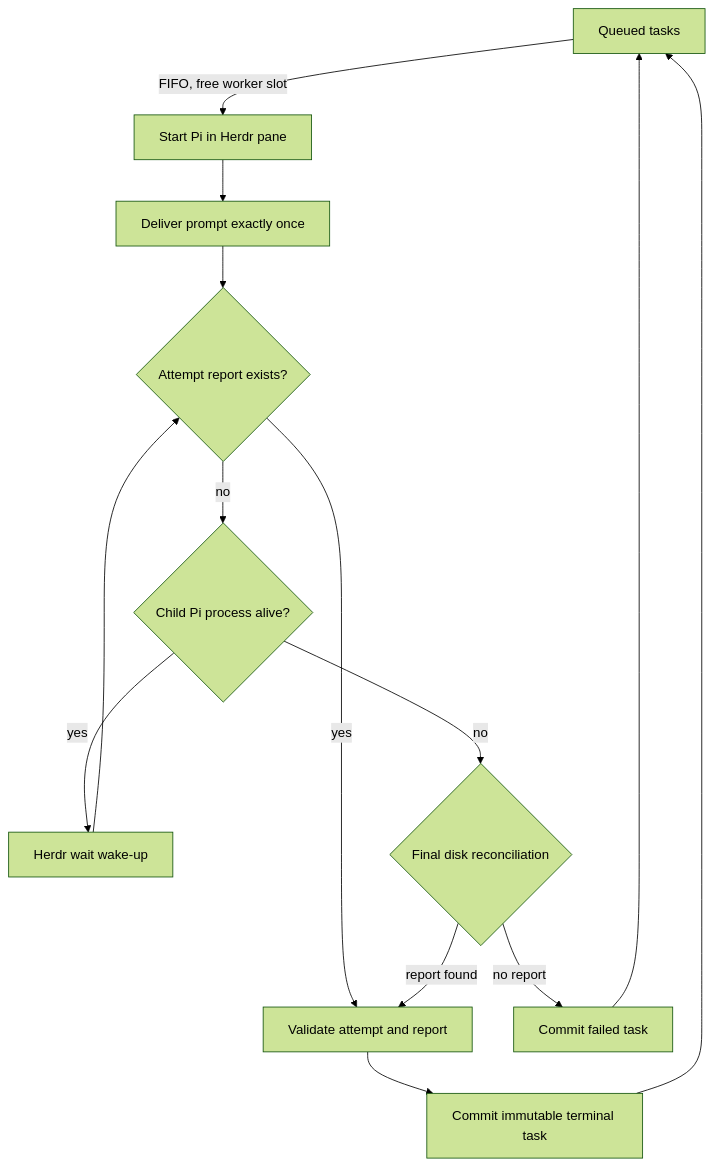
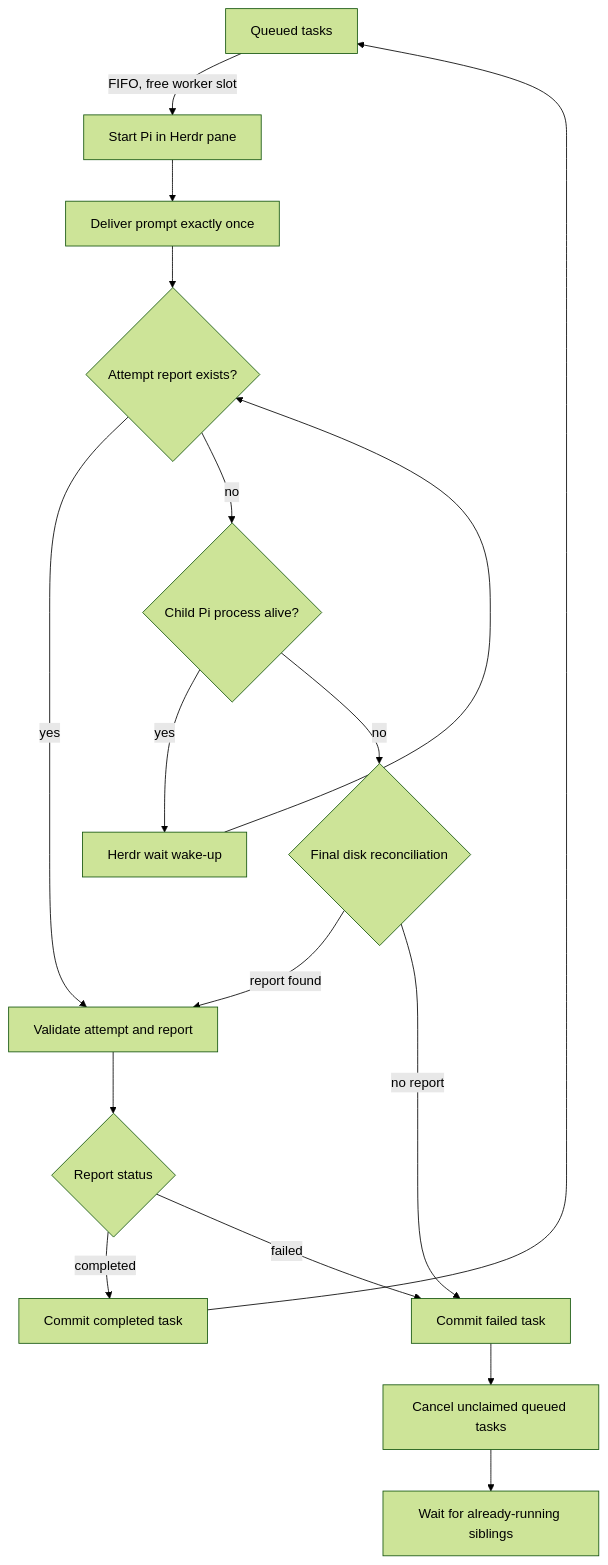
One commit to chaochaoxiaochao/pi-toolkit changed the third of 3 diagrams in packages/herdr-subagents/ARCHITECTURE.md. Above: the diagram before and after it, drawn with Mermaid (forest theme). The commit also changed other lines of this file and 22 other files, not shown here.

````diff
--- a/packages/herdr-subagents/ARCHITECTURE.md
+++ b/packages/herdr-subagents/ARCHITECTURE.md
@@ -47,16 +48,19 @@
 ```mermaid
 flowchart TD
     Q[Queued tasks] -->|FIFO, free worker slot| S[Start Pi in Herdr pane]
     S --> P[Deliver prompt exactly once]
     P --> R{Attempt report exists?}
     R -->|yes| V[Validate attempt and report]
-    V --> T[Commit immutable terminal task]
+    V --> O{Report status}
+    O -->|completed| T[Commit completed task]
+    O -->|failed| F[Commit failed task]
     R -->|no| L{Child Pi process alive?}
     L -->|yes| W[Herdr wait wake-up]
     W --> R
     L -->|no| C{Final disk reconciliation}
     C -->|report found| V
-    C -->|no report| F[Commit failed task]
+    C -->|no report| F
     T --> Q
-    F --> Q
+    F --> X[Cancel unclaimed queued tasks]
+    X --> A[Wait for already-running siblings]
 ```
````
